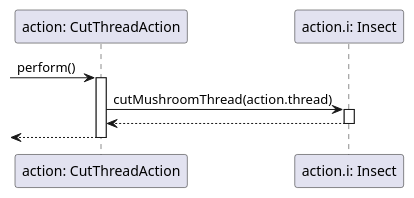
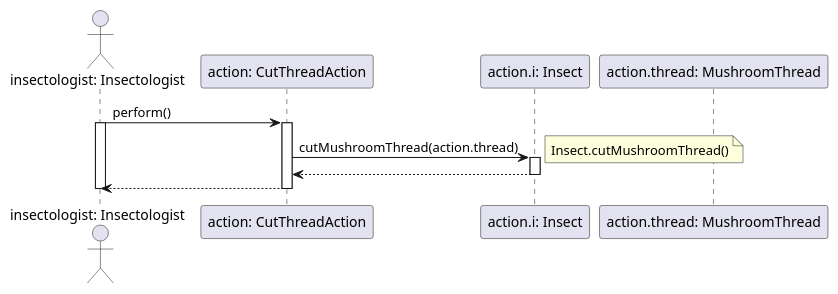
The diagram in diagrams/sequence/action/cutThreadAction.plantuml (dzsem/projlab), drawn with PlantUML before and after one commit.

Commit message:
Fixed action/cutThreadAction

```diff
--- a/diagrams/sequence/action/cutThreadAction.plantuml
+++ b/diagrams/sequence/action/cutThreadAction.plantuml
@@ -1,18 +1,23 @@
 @startuml CutThreadAction.perform
 
+actor "insectologist: Insectologist" as insectologist
 participant "action: CutThreadAction" as mi_action
 participant "action.i: Insect" as insect
+participant "action.thread: MushroomThread"
 
--> mi_action: perform()
+insectologist -> mi_action: perform()
+activate insectologist
 activate mi_action
 
 mi_action -> insect: cutMushroomThread(action.thread)
 activate insect
+note right: Insect.cutMushroomThread()
 
 mi_action <-- insect
 deactivate insect
 
-<-- mi_action
+insectologist <-- mi_action
 deactivate mi_action
+deactivate insectologist
 
 @enduml
```
